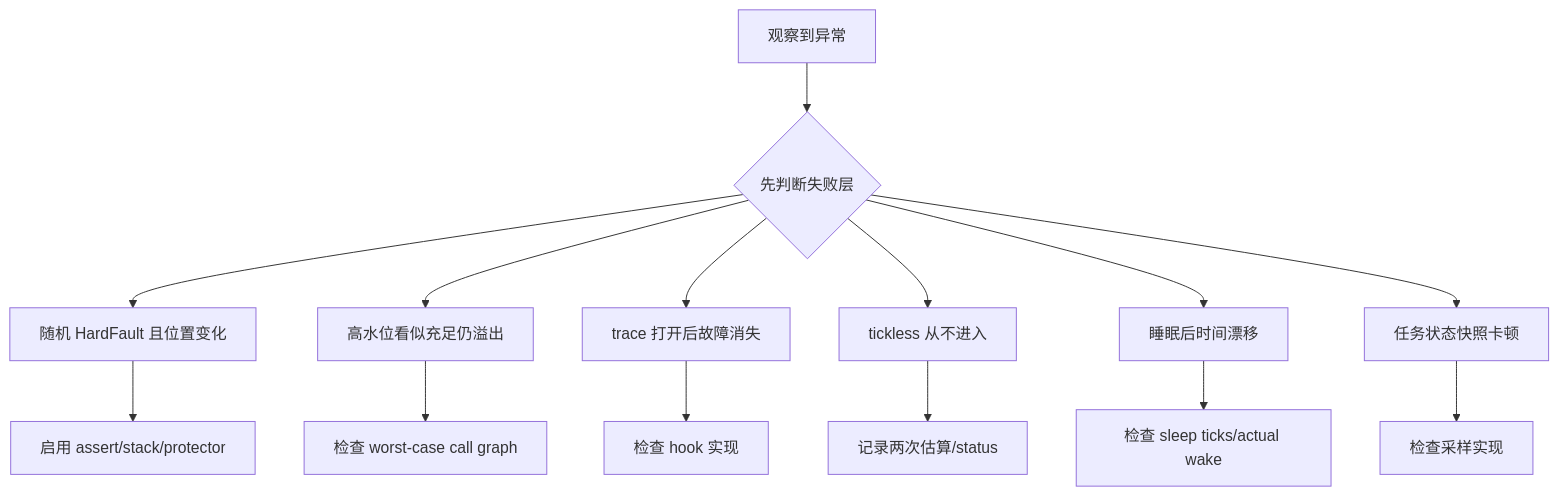
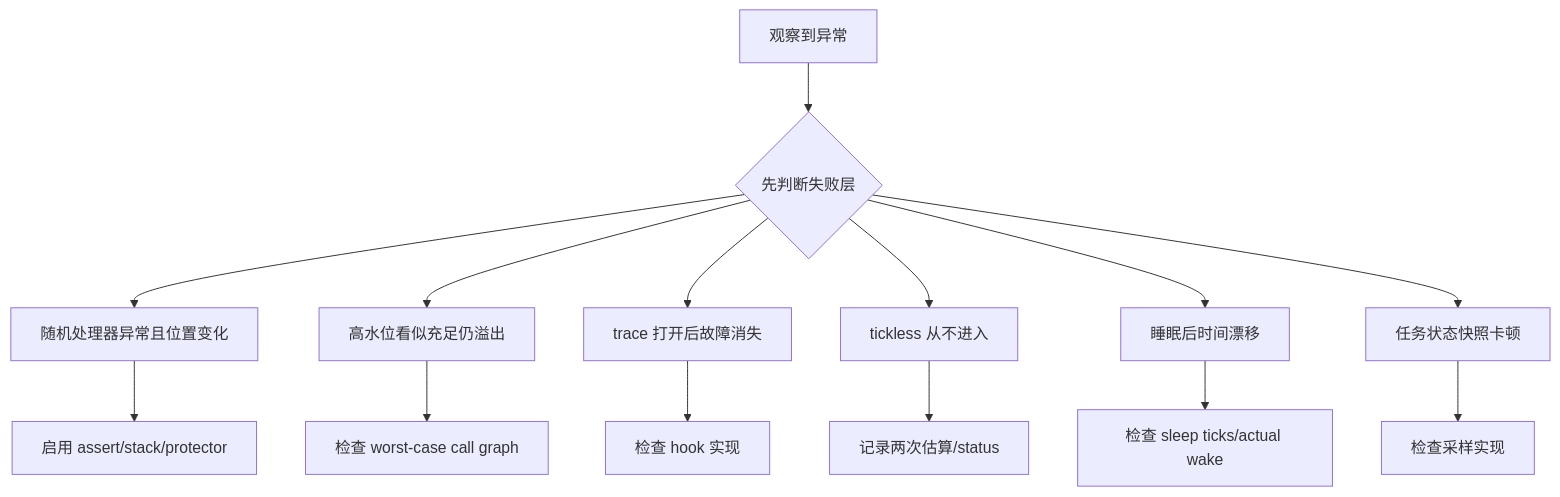
The sixth of 6 diagrams in docs/articles/freertos/freertos-11-reliability-tickless-trace-debug.md (cdragon-ljl/EEandEdgeAI), drawn with Mermaid before and after one commit. The commit also changed other lines of this file and 20 other files, not shown here.

````diff
--- a/docs/articles/freertos/freertos-11-reliability-tickless-trace-debug.md
+++ b/docs/articles/freertos/freertos-11-reliability-tickless-trace-debug.md
@@ -795,16 +274,16 @@
 ```mermaid
 flowchart TD
     OBS["观察到异常"] --> LAYER{"先判断失败层"}
-    LAYER --> E0["随机 HardFault 且位置变化"]
+    LAYER --> E0["随机处理器异常且位置变化"]
     E0 --> I0["启用 assert/stack/protector"]
     LAYER --> E1["高水位看似充足仍溢出"]
     E1 --> I1["检查 worst-case call graph"]
     LAYER --> E2["trace 打开后故障消失"]
     E2 --> I2["检查 hook 实现"]
     LAYER --> E3["tickless 从不进入"]
     E3 --> I3["记录两次估算/status"]
     LAYER --> E4["睡眠后时间漂移"]
     E4 --> I4["检查 sleep ticks/actual wake"]
     LAYER --> E5["任务状态快照卡顿"]
     E5 --> I5["检查采样实现"]
 ```
````
